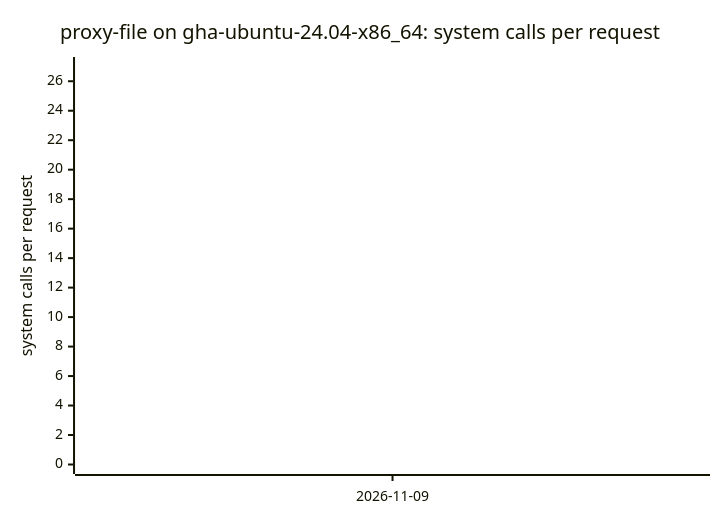
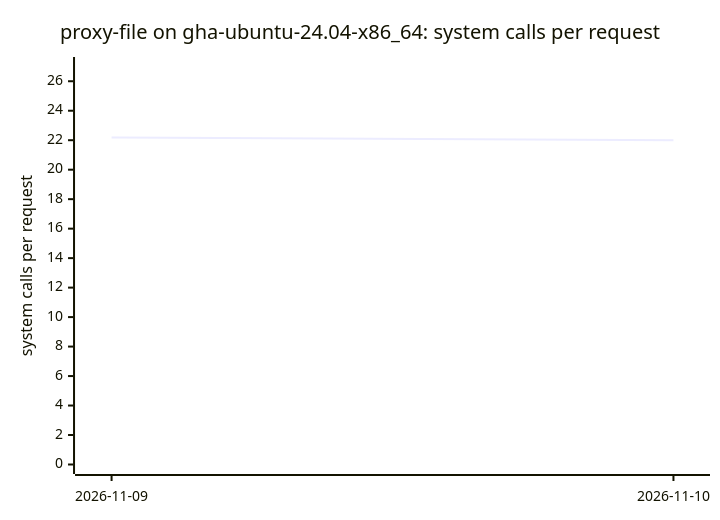
Before and after one commit to ThePixelPilgrim/durchlauferhitzer: diagram 16 of 18 in BENCHMARKS.md, drawn with Mermaid. The commit also changed other lines of this file and 1 other file, not shown here.

````diff
--- a/BENCHMARKS.md
+++ b/BENCHMARKS.md
@@ -178,7 +178,7 @@
 ```mermaid
 xychart-beta
   title "proxy-file on gha-ubuntu-24.04-x86_64: system calls per request"
-  x-axis ["2026-11-09"]
+  x-axis ["2026-11-09", "2026-11-10"]
   y-axis "system calls per request" 0 --> 27
-  line [22.18]
+  line [22.18, 22.00]
 ```
````
